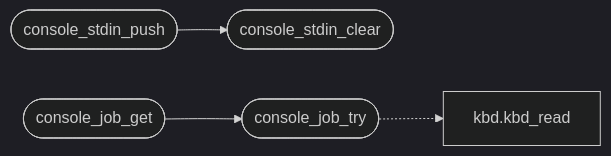
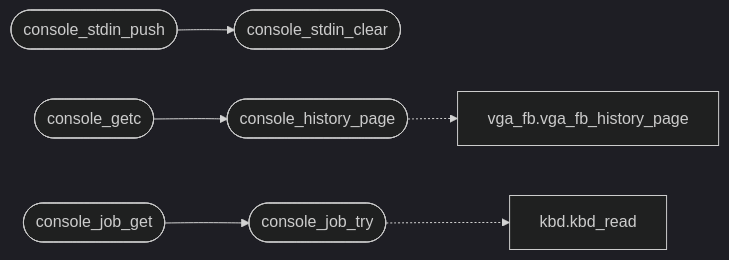
The diagram in readmenator-apidocs/modules/kernel.console_in.c.md (grisuno/miniOS), drawn with Mermaid (dark theme) before and after one commit. The commit also changed other lines of this file and 286 other files, not shown here.

````diff
--- a/readmenator-apidocs/modules/kernel.console_in.c.md
+++ b/readmenator-apidocs/modules/kernel.console_in.c.md
@@ -16,11 +16,16 @@
 ```mermaid
 flowchart LR
     n_kernel_console_in_c__console_stdin_push(["console_stdin_push"])
     n_kernel_console_in_c__console_stdin_clear(["console_stdin_clear"])
+    n_kernel_console_in_c__console_getc(["console_getc"])
+    n_kernel_console_in_c__console_history_page(["console_history_page"])
     n_kernel_console_in_c__console_job_get(["console_job_get"])
     n_kernel_console_in_c__console_job_try(["console_job_try"])
+    n_headers_vga_fb_h__vga_fb_history_page["vga_fb.vga_fb_history_page"]
     n_headers_drivers_kbd_h__kbd_read["kbd.kbd_read"]
     n_kernel_console_in_c__console_stdin_push --> n_kernel_console_in_c__console_stdin_clear
+    n_kernel_console_in_c__console_getc --> n_kernel_console_in_c__console_history_page
     n_kernel_console_in_c__console_job_get --> n_kernel_console_in_c__console_job_try
+    n_kernel_console_in_c__console_history_page -.-> n_headers_vga_fb_h__vga_fb_history_page
     n_kernel_console_in_c__console_job_try -.-> n_headers_drivers_kbd_h__kbd_read
 ```
````
